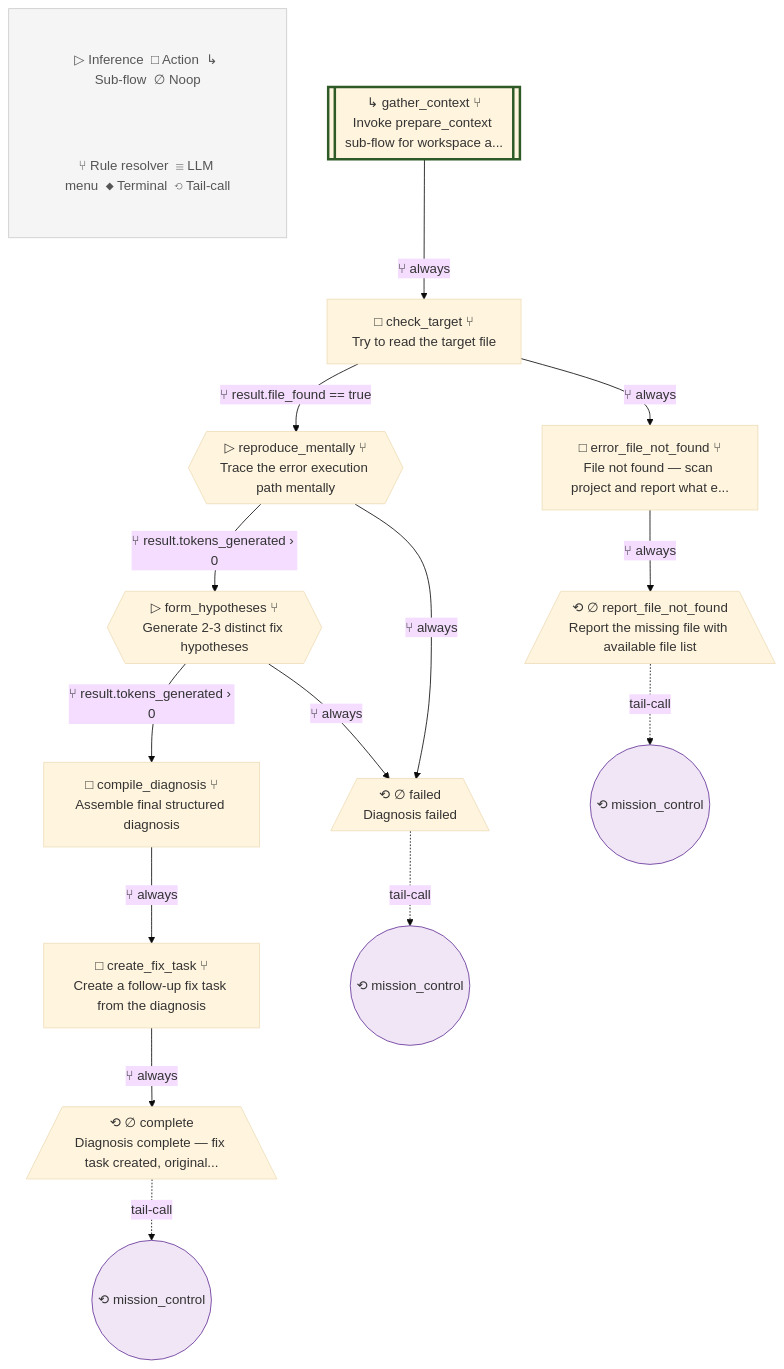
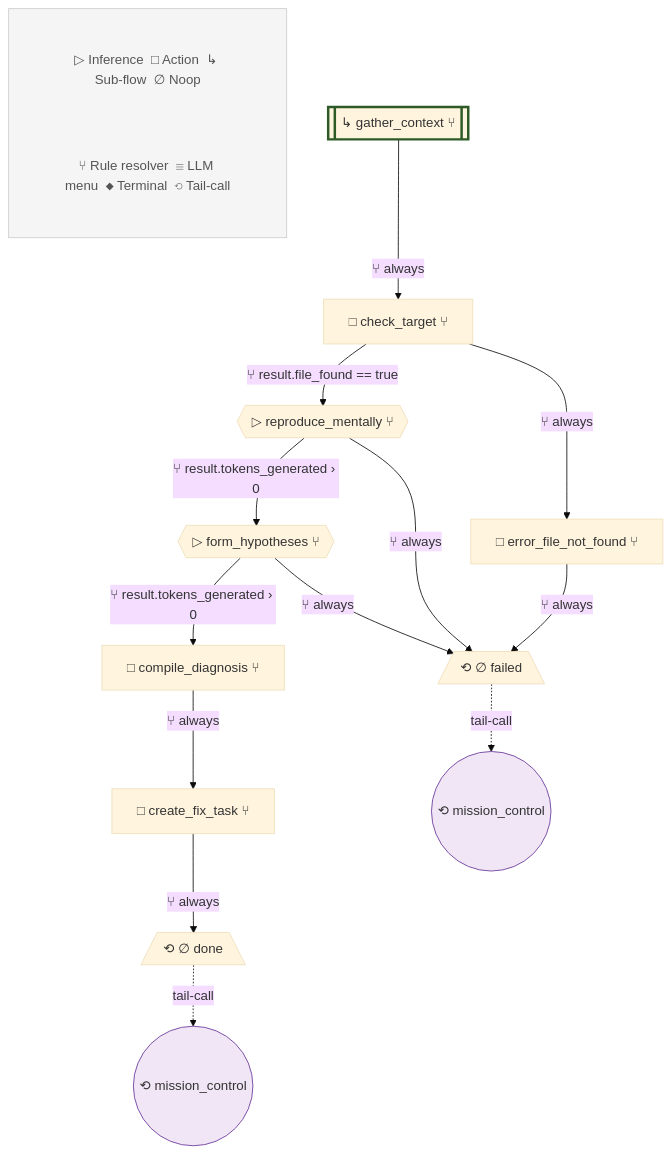
Before and after one commit to lah-rb/ouroboros: the sixth of 20 diagrams in blueprint.md, drawn with Mermaid (base theme). The commit also changed other lines of this file and 207 other files, not shown here.

````diff
--- a/blueprint.md
+++ b/blueprint.md
@@ -571,46 +642,42 @@
 ```mermaid
 flowchart TD
-    %% diagnose_issue v2
+    %% diagnose_issue v4
 
     subgraph Legend[" "]
         L1["▷ Inference  □ Action  ↳ Sub-flow  ∅ Noop"]
         L2["⑂ Rule resolver  ☰ LLM menu  ◆ Terminal  ⟲ Tail-call"]
     end
     style Legend fill:#f5f5f5,stroke:#ccc,stroke-width:1px
     style L1 fill:#f5f5f5,stroke:none,color:#555
     style L2 fill:#f5f5f5,stroke:none,color:#555
 
-    gather_context[["↳ gather_context ⑂\nInvoke prepare_context sub-flow for workspace a..."]]
-    check_target["□ check_target ⑂\nTry to read the target file"]
-    reproduce_mentally{{"▷ reproduce_mentally ⑂\nTrace the error execution path mentally"}}
-    form_hypotheses{{"▷ form_hypotheses ⑂\nGenerate 2-3 distinct fix hypotheses"}}
-    compile_diagnosis["□ compile_diagnosis ⑂\nAssemble final structured diagnosis"]
-    create_fix_task["□ create_fix_task ⑂\nCreate a follow-up fix task from the diagnosis"]
-    complete[/"⟲ ∅ complete\nDiagnosis complete — fix task created, original..."\]
-    error_file_not_found["□ error_file_not_found ⑂\nFile not found — scan project and report what e..."]
-    report_file_not_found[/"⟲ ∅ report_file_not_found\nReport the missing file with available file list"\]
-    failed[/"⟲ ∅ failed\nDiagnosis failed"\]
+    gather_context[["↳ gather_context ⑂"]]
+    check_target["□ check_target ⑂"]
+    reproduce_mentally{{"▷ reproduce_mentally ⑂"}}
+    form_hypotheses{{"▷ form_hypotheses ⑂"}}
+    compile_diagnosis["□ compile_diagnosis ⑂"]
+    create_fix_task["□ create_fix_task ⑂"]
+    done[/"⟲ ∅ done"\]
+    error_file_not_found["□ error_file_not_found ⑂"]
+    failed[/"⟲ ∅ failed"\]
 
     style gather_context stroke-width:3px,stroke:#2d5a27
 
     gather_context -->|⑂ always| check_target
     check_target -->|⑂ result.file_found == true| reproduce_mentally
     check_target -->|⑂ always| error_file_not_found
     reproduce_mentally -->|⑂ result.tokens_generated › 0| form_hypotheses
     reproduce_mentally -->|⑂ always| failed
     form_hypotheses -->|⑂ result.tokens_generated › 0| compile_diagnosis
     form_hypotheses -->|⑂ always| failed
     compile_diagnosis -->|⑂ always| create_fix_task
-    create_fix_task -->|⑂ always| complete
-    tc_complete(("⟲ mission_control"))
-    style tc_complete fill:#f0e6f6,stroke:#663399
-    complete -.->|tail-call| tc_complete
-    error_file_not_found -->|⑂ always| report_file_not_found
-    tc_report_file_not_found(("⟲ mission_control"))
-    style tc_report_file_not_found fill:#f0e6f6,stroke:#663399
-    report_file_not_found -.->|tail-call| tc_report_file_not_found
+    create_fix_task -->|⑂ always| done
+    tc_done(("⟲ mission_control"))
+    style tc_done fill:#f0e6f6,stroke:#663399
+    done -.->|tail-call| tc_done
+    error_file_not_found -->|⑂ always| failed
     tc_failed(("⟲ mission_control"))
     style tc_failed fill:#f0e6f6,stroke:#663399
     failed -.->|tail-call| tc_failed
 
 ```
````
